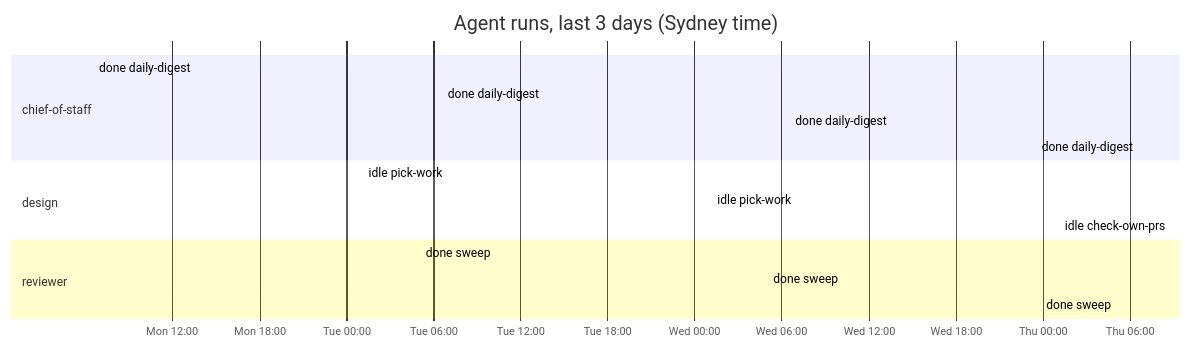
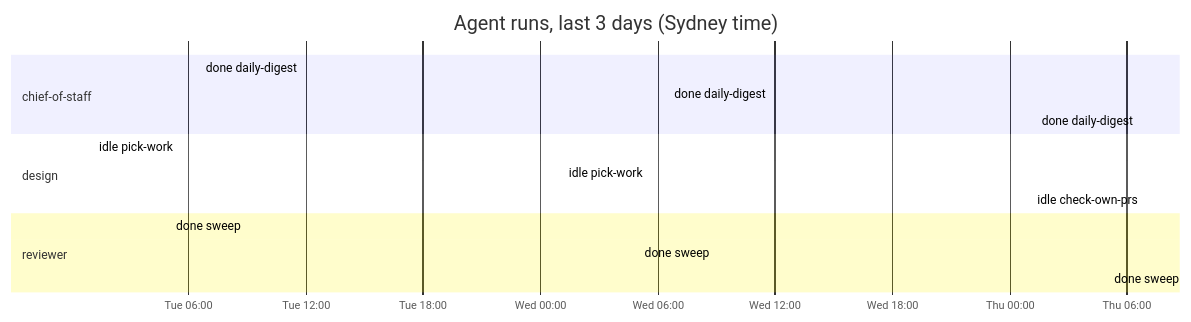
Before and after one commit to roulmediateam-byte/fifteen-expert-hq: the diagram in dashboard.md, drawn with Mermaid. The commit also changed other lines of this file and 1 other file, not shown here.

````diff
--- a/dashboard.md
+++ b/dashboard.md
@@ -54,19 +54,18 @@
 ```mermaid
 gantt
     title Agent runs, last 3 days (Sydney time)
     dateFormat YYYY-MM-DD HH:mm
     axisFormat %a %H:%M
     section chief-of-staff
-    done daily-digest :done, 2026-11-23 06:35, 2026-11-23 06:36
     done daily-digest :done, 2026-11-24 06:35, 2026-11-24 06:37
     done daily-digest :done, 2026-11-25 06:34, 2026-11-25 06:35
     done daily-digest :done, 2026-11-26 06:35, 2026-11-26 06:36
     section design
     idle pick-work :done, 2026-11-24 01:09, 2026-11-24 01:09
     idle pick-work :done, 2026-11-25 01:09, 2026-11-25 01:09
     idle check-own-prs :done, 2026-11-26 01:09, 2026-11-26 01:09
     section reviewer
     done sweep :done, 2026-11-24 05:05, 2026-11-24 05:06
     done sweep :done, 2026-11-25 05:04, 2026-11-25 05:05
     done sweep :done, 2026-11-26 05:05, 2026-11-26 05:06
 ```
````
